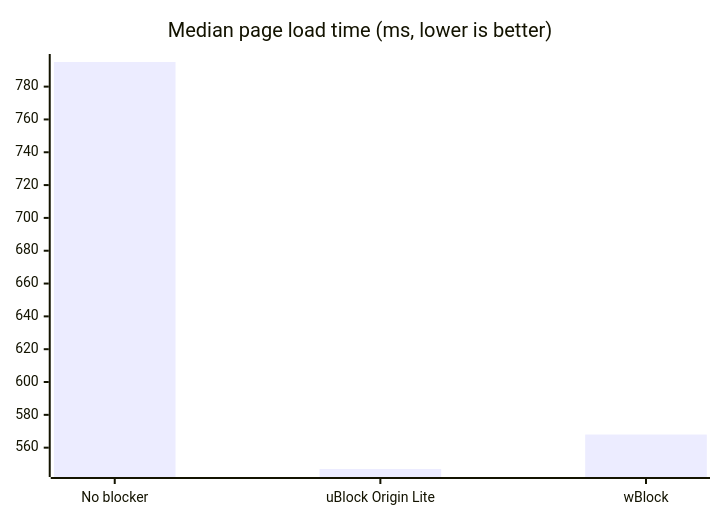
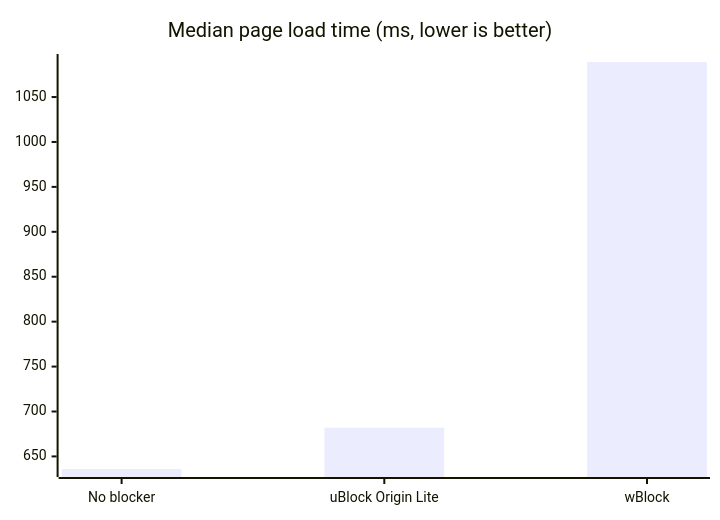
One commit to btecu/safari-ad changed the second of 2 diagrams in README.md. Above: the diagram before and after it, drawn with Mermaid. The commit also changed other lines of this file and 38 other files, not shown here.

````diff
--- a/README.md
+++ b/README.md
@@ -60,6 +60,6 @@
 ```mermaid
 xychart-beta
   title "Median page load time (ms, lower is better)"
   x-axis ["No blocker", "uBlock Origin Lite", "wBlock"]
-  bar [795, 547, 568]
+  bar [636, 682, 1089]
 ```
````
